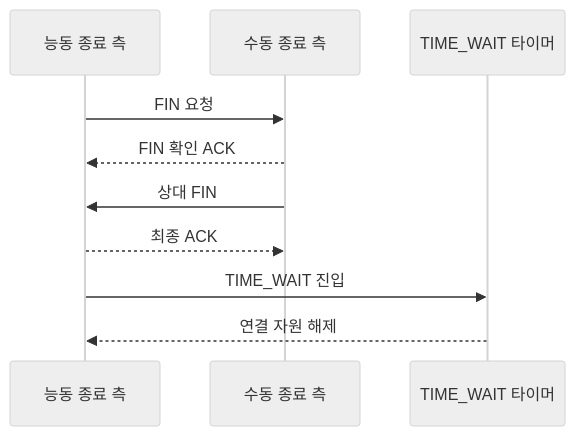
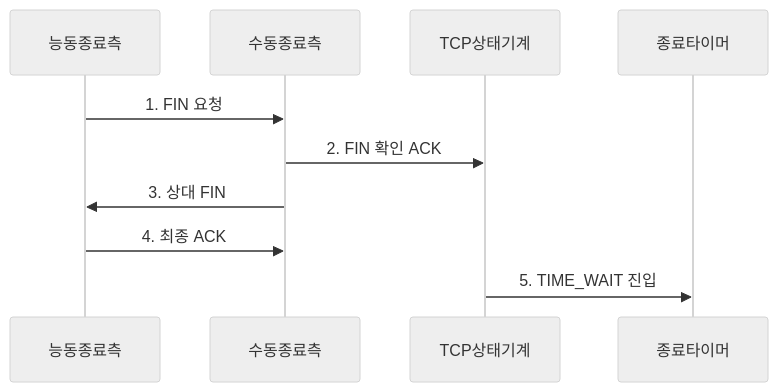
Before and after one commit to agnusdei1207/knowledge-base: the second of 2 diagrams in src/content/docs/notes/04-network/023_tcp_4_way_handshake.md, drawn with Mermaid (neutral theme). The commit also changed other lines of this file and 20 other files, not shown here.

````diff
--- a/src/content/docs/notes/04-network/023_tcp_4_way_handshake.md
+++ b/src/content/docs/notes/04-network/023_tcp_4_way_handshake.md
@@ -76,12 +88,12 @@
 ```mermaid
 sequenceDiagram
-    participant A as 능동 종료 측
-    participant P as 수동 종료 측
-    participant T as TIME_WAIT 타이머
-    A->>P: FIN 요청
-    P-->>A: FIN 확인 ACK
-    P->>A: 상대 FIN
-    A-->>P: 최종 ACK
-    A->>T: TIME_WAIT 진입
-    T-->>A: 연결 자원 해제
+    participant 능동종료측
+    participant 수동종료측
+    participant TCP상태기계
+    participant 종료타이머
+    능동종료측->>수동종료측: 1. FIN 요청
+    수동종료측->>TCP상태기계: 2. FIN 확인 ACK
+    수동종료측->>능동종료측: 3. 상대 FIN
+    능동종료측->>수동종료측: 4. 최종 ACK
+    TCP상태기계->>종료타이머: 5. TIME_WAIT 진입
 ```
````
